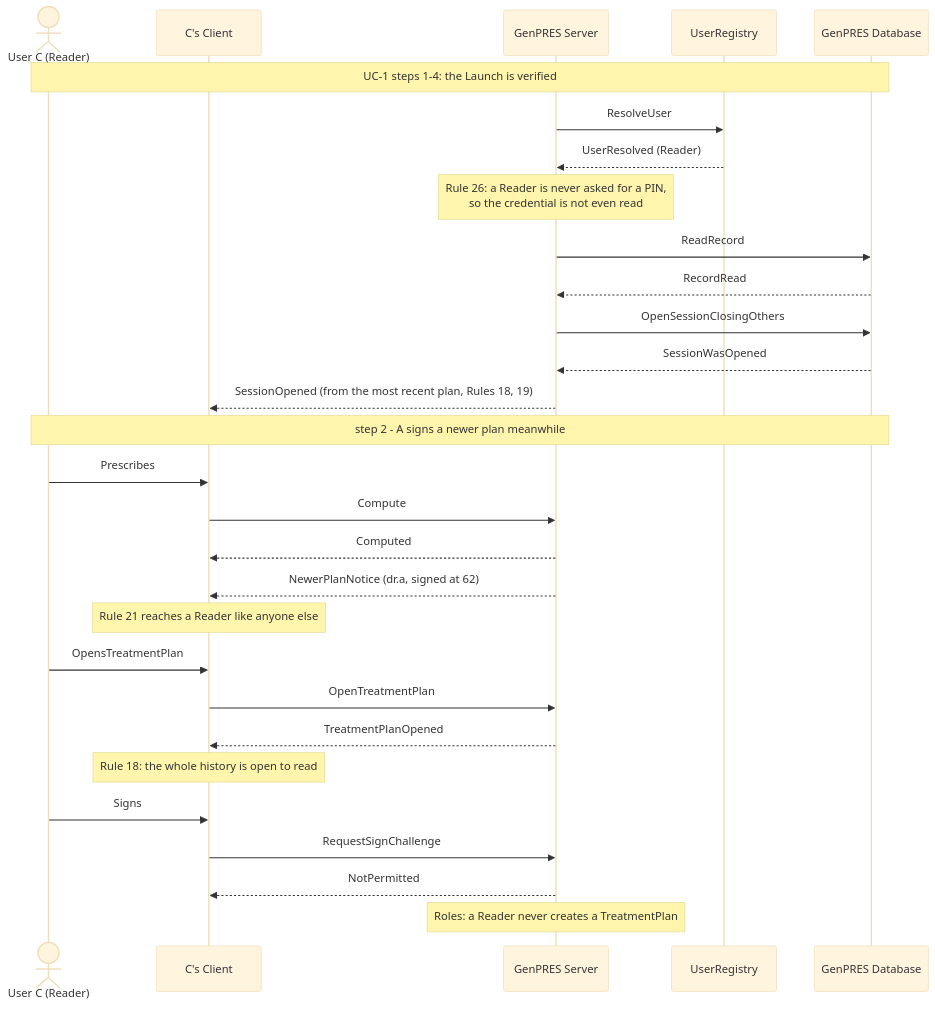
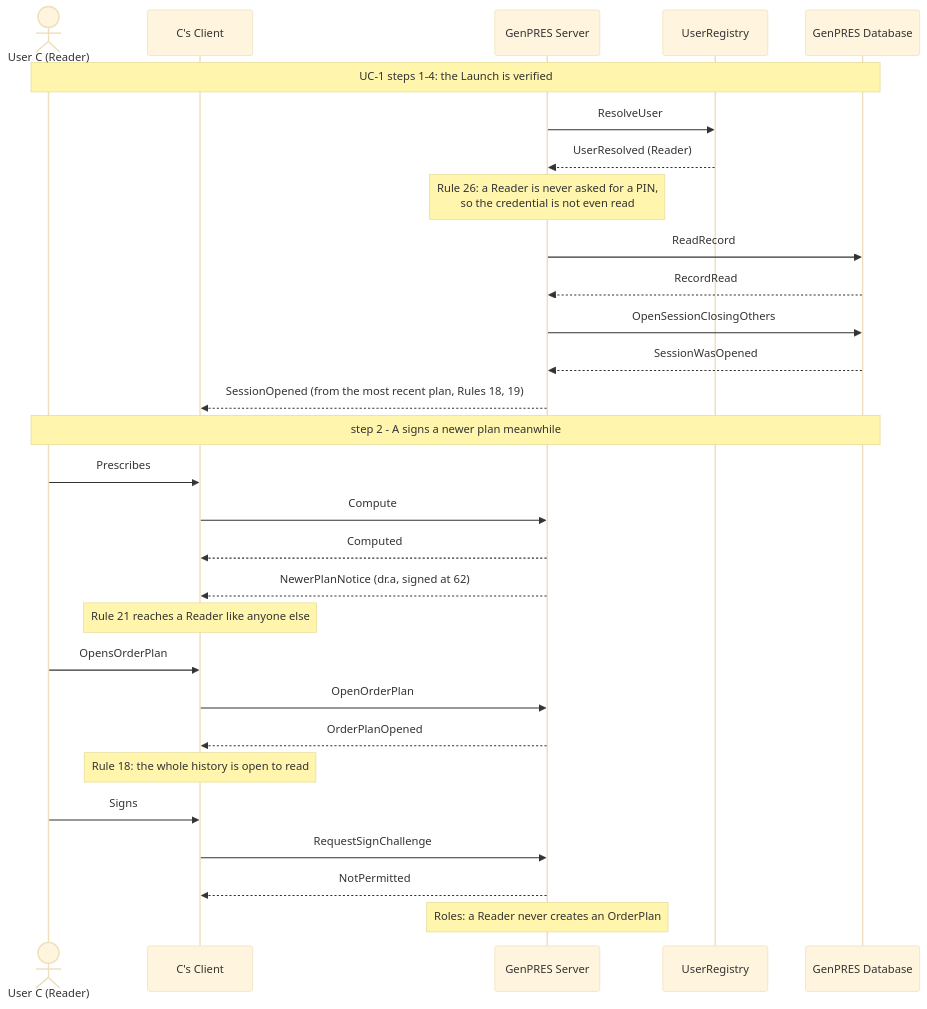
One commit to informedica/GenPRES changed the diagram in docs/scenarios/integration/uc-09-reader.md. Above: the diagram before and after it, drawn with Mermaid (base theme). The commit also changed 11 other files, not shown here.

First line of the commit message:
docs: call the integration design's TreatmentPlan OrderPlan

````diff
--- a/docs/scenarios/integration/uc-09-reader.md
+++ b/docs/scenarios/integration/uc-09-reader.md
@@ -9,38 +9,38 @@
 ```mermaid
 sequenceDiagram
     actor C as User C (Reader)
     participant CC as C's Client
     participant S as GenPRES Server
     participant R as UserRegistry
     participant D as GenPRES Database
 
     Note over C,D: UC-1 steps 1-4: the Launch is verified
 
     S->>R: ResolveUser
     R-->>S: UserResolved (Reader)
     Note over S: Rule 26: a Reader is never asked for a PIN,<br/>so the credential is not even read
 
     S->>D: ReadRecord
     D-->>S: RecordRead
     S->>D: OpenSessionClosingOthers
     D-->>S: SessionWasOpened
     S-->>CC: SessionOpened (from the most recent plan, Rules 18, 19)
 
     Note over C,D: step 2 - A signs a newer plan meanwhile
 
     C->>CC: Prescribes
     CC->>S: Compute
     S-->>CC: Computed
     S-->>CC: NewerPlanNotice (dr.a, signed at 62)
     Note over CC: Rule 21 reaches a Reader like anyone else
 
-    C->>CC: OpensTreatmentPlan
-    CC->>S: OpenTreatmentPlan
-    S-->>CC: TreatmentPlanOpened
+    C->>CC: OpensOrderPlan
+    CC->>S: OpenOrderPlan
+    S-->>CC: OrderPlanOpened
     Note over CC: Rule 18: the whole history is open to read
 
     C->>CC: Signs
     CC->>S: RequestSignChallenge
     S-->>CC: NotPermitted
-    Note over S: Roles: a Reader never creates a TreatmentPlan
+    Note over S: Roles: a Reader never creates an OrderPlan
 ```
````
